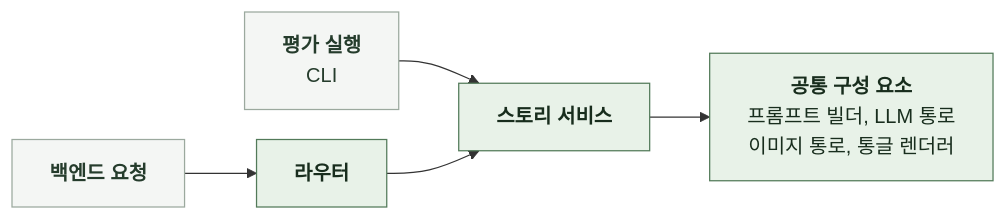
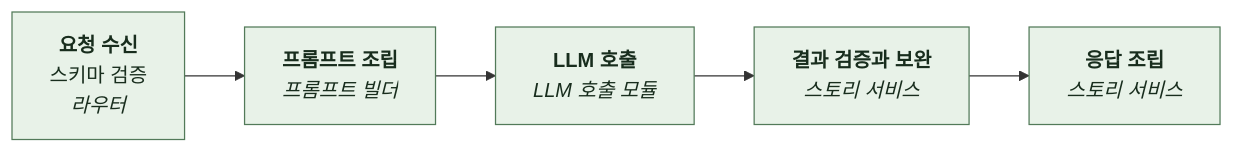
One commit to KIM-N-KANG/knk-harness changed the second of 3 diagrams in docs/AI/SIMPLE-GENERATION-STORY/4-2-DESIGN-SOFTWARE-ARCHITECTURE.md. Above: the diagram before and after it, drawn with Mermaid. The commit also changed other lines of this file and 20 other files, not shown here.

````diff
--- a/docs/AI/SIMPLE-GENERATION-STORY/4-2-DESIGN-SOFTWARE-ARCHITECTURE.md
+++ b/docs/AI/SIMPLE-GENERATION-STORY/4-2-DESIGN-SOFTWARE-ARCHITECTURE.md
@@ -114,12 +51,10 @@
 ```mermaid
 %%{init: {"flowchart": {"curve": "basis", "htmlLabels": true, "nodeSpacing": 24, "rankSpacing": 48}}}%%
 flowchart LR
-    A["<b>백엔드 요청</b>"] --> R["<b>라우터</b>"]
-    E["<b>평가 실행</b><br/>CLI"] --> S
-    R --> S["<b>스토리 서비스</b>"]
-    S --> P["<b>공통 구성 요소</b><br/>프롬프트 빌더, LLM 통로<br/>이미지 통로, 통글 렌더러"]
+    A["<b>요청 수신</b><br/>스키마 검증<br/><i>라우터</i>"] --> B["<b>프롬프트 조립</b><br/><i>프롬프트 빌더</i>"]
+    B --> C["<b>LLM 호출</b><br/><i>LLM 호출 모듈</i>"]
+    C --> D["<b>결과 검증과 보완</b><br/><i>스토리 서비스</i>"]
+    D --> E["<b>응답 조립</b><br/><i>스토리 서비스</i>"]
     classDef comp fill:#E8F2E8,stroke:#527A59,color:#182D1D
-    classDef ext fill:#F4F6F4,stroke:#9BA99E,color:#253C2C
-    class R,S,P comp
-    class A,E ext
+    class A,B,C,D,E comp
 ```
````
